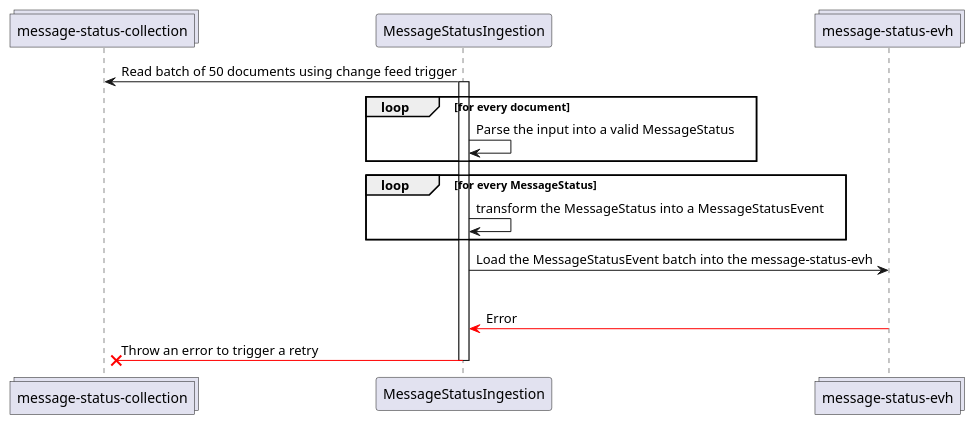
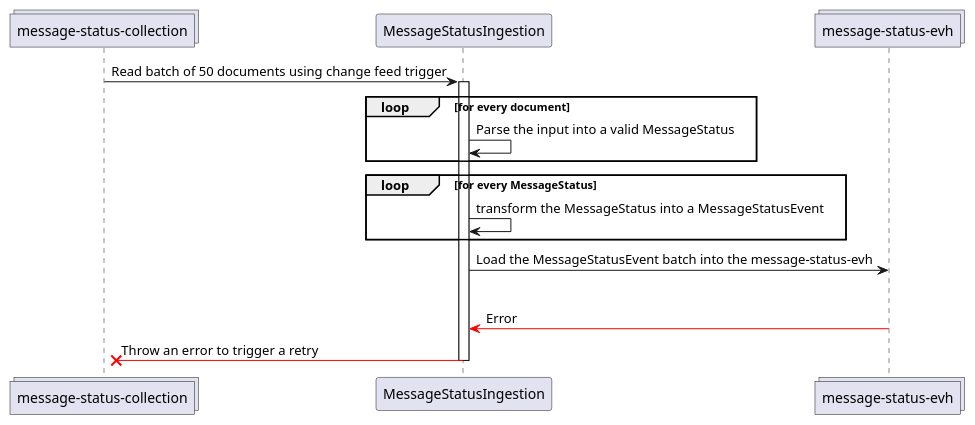
Before and after one commit to pagopa/io-messages: the diagram in apps/etl-func/docs/message-status-ingestion/message-status-ingestion.puml, drawn with PlantUML.

Commit message:
docs: change arrow direction in sequence diagram

```diff
--- a/apps/etl-func/docs/message-status-ingestion/message-status-ingestion.puml
+++ b/apps/etl-func/docs/message-status-ingestion/message-status-ingestion.puml
@@ -1,25 +1,25 @@
 @startuml message-status-ingestion
 
 collections "message-status-collection" as msc
 participant MessageStatusIngestion as msi
 collections "message-status-evh" as evh
 
-msc <- msi : Read batch of 50 documents using change feed trigger
+msc -> msi : Read batch of 50 documents using change feed trigger
 activate msi
 
 loop for every document
   msi -> msi : Parse the input into a valid MessageStatus
 end
 
 loop for every MessageStatus
   msi -> msi : transform the MessageStatus into a MessageStatusEvent
 end
 
 msi -> evh : Load the MessageStatusEvent batch into the message-status-evh
 
 alt Error
   evh -[#red]> msi : Error
   msi -[#red]x msc : Throw an error to trigger a retry
 deactivate msi
 
 @enduml
```
